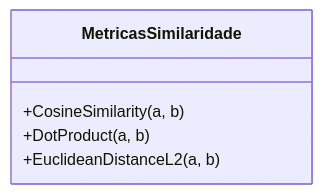
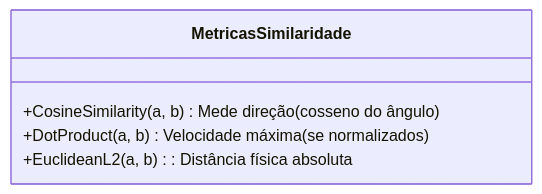
Before and after one commit to gsantosc18/so-resta-estudar: the first of 3 diagrams in ai-development/02-retrieval-augmented-generation/02-embeddings-and-vector-databases.md, drawn with Mermaid. The commit also changed other lines of this file and 11 other files, not shown here.

Commit message:
docs: expand prompt engineering curriculum with advanced techniques and update study progress roadmap

````diff
--- a/ai-development/02-retrieval-augmented-generation/02-embeddings-and-vector-databases.md
+++ b/ai-development/02-retrieval-augmented-generation/02-embeddings-and-vector-databases.md
@@ -22,8 +28,8 @@
 ```mermaid
 classDiagram
     class MetricasSimilaridade {
-        +CosineSimilarity(a, b)
-        +DotProduct(a, b)
-        +EuclideanDistanceL2(a, b)
+        +CosineSimilarity(a, b) : Mede direção (cosseno do ângulo)
+        +DotProduct(a, b) : Velocidade máxima (se normalizados)
+        +EuclideanL2(a, b) : Distância física absoluta
     }
 ```
````
